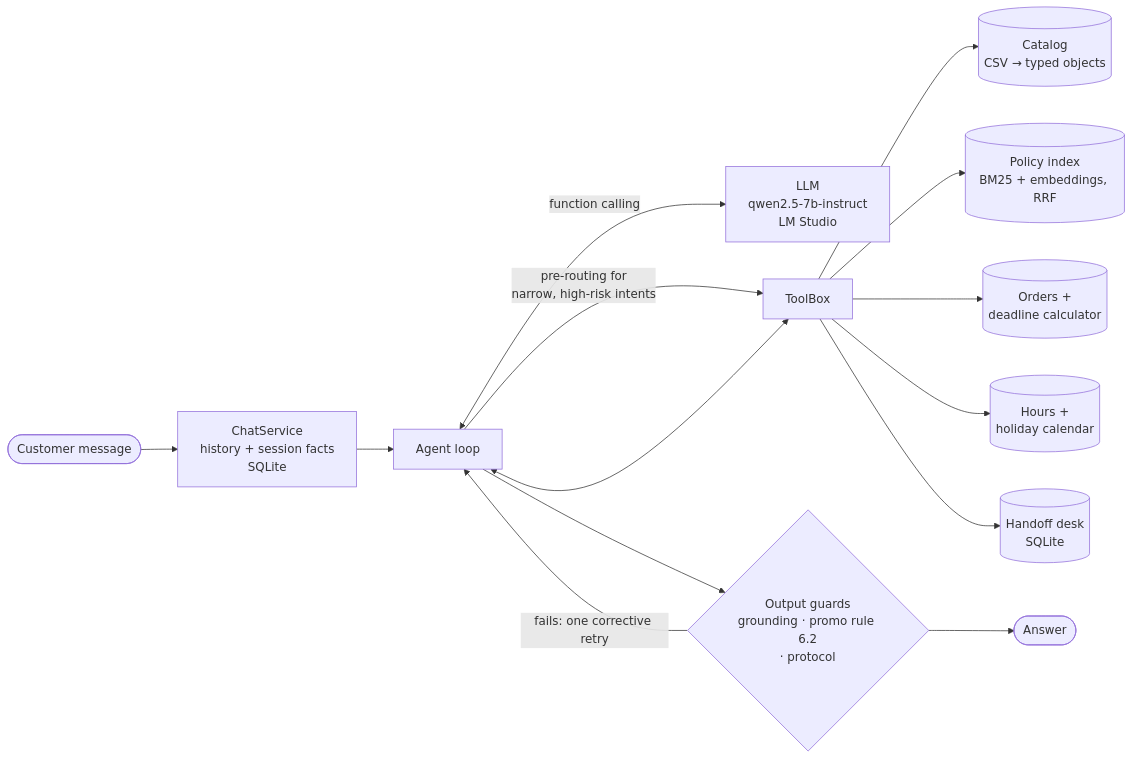
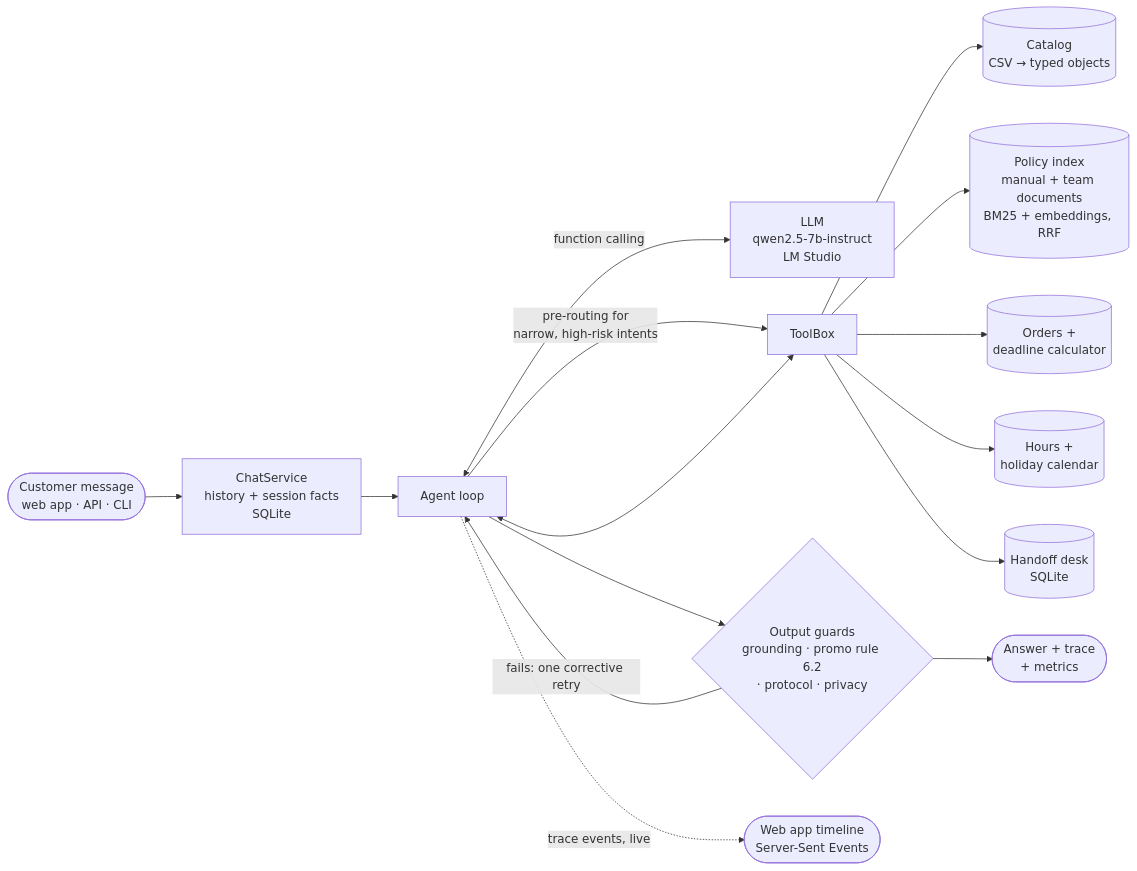
The diagram in README.md (WallaceCampista/Artefact_Challenge), drawn with Mermaid before and after one commit. The commit also changed other lines of this file and 5 other files, not shown here.

First line of the commit message:
Document the web app, guards, knowledge base, Docker and CI

````diff
--- a/README.md
+++ b/README.md
@@ -127,16 +173,17 @@
 ```mermaid
 flowchart LR
-    U([Customer message]) --> S[ChatService<br/>history + session facts<br/>SQLite]
+    U([Customer message<br/>web app · API · CLI]) --> S[ChatService<br/>history + session facts<br/>SQLite]
     S --> A[Agent loop]
     A <-->|function calling| L[LLM<br/>qwen2.5-7b-instruct<br/>LM Studio]
     A -->|pre-routing for<br/>narrow, high-risk intents| T
     A <--> T[ToolBox]
     T --> C[(Catalog<br/>CSV → typed objects)]
-    T --> P[(Policy index<br/>BM25 + embeddings, RRF)]
+    T --> P[(Policy index<br/>manual + team documents<br/>BM25 + embeddings, RRF)]
     T --> O[(Orders +<br/>deadline calculator)]
     T --> H[(Hours +<br/>holiday calendar)]
     T --> D[(Handoff desk<br/>SQLite)]
-    A --> G{Output guards<br/>grounding · promo rule 6.2<br/>· protocol}
+    A --> G{Output guards<br/>grounding · promo rule 6.2<br/>· protocol · privacy}
     G -->|fails: one corrective retry| A
-    G --> R([Answer])
+    G --> R([Answer + trace<br/>+ metrics])
+    A -.->|trace events, live| W([Web app timeline<br/>Server-Sent Events])
 ```
````
